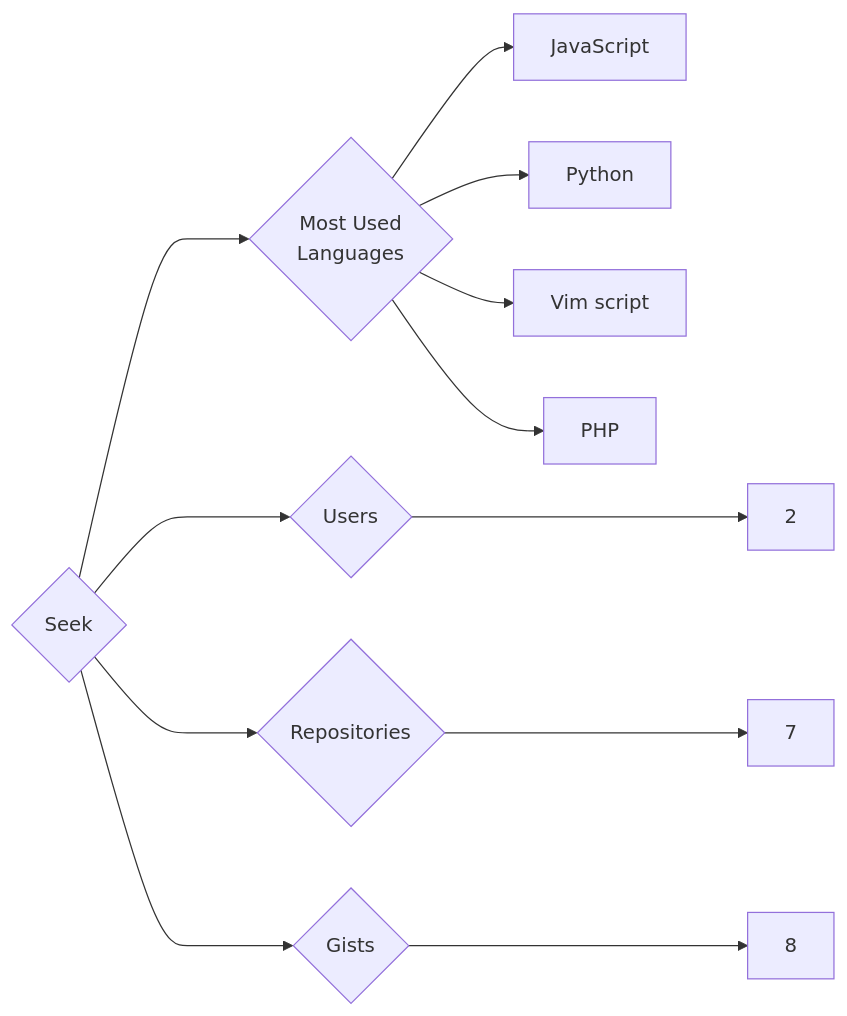
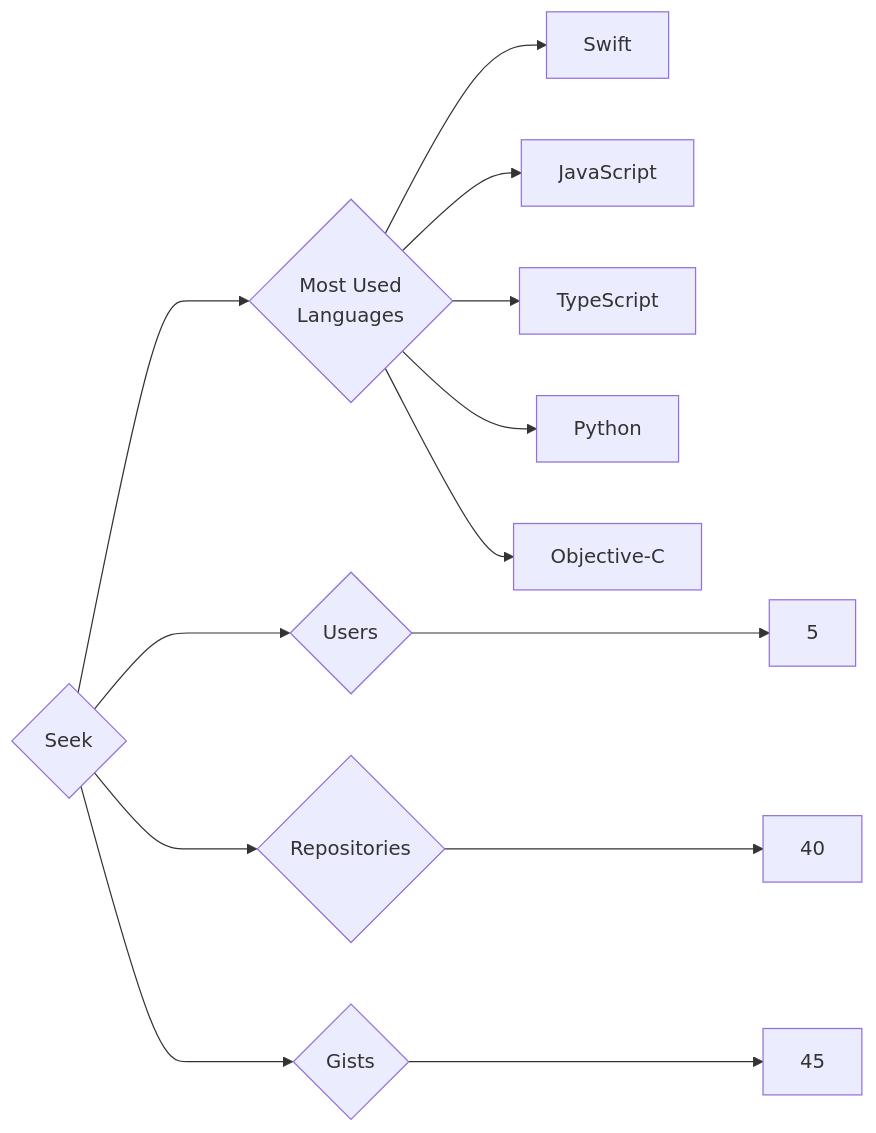
The diagram in targets/Seek/README.md (trickest/insiders), drawn with Mermaid before and after one commit. The commit also changed 973 other files, not shown here.

````diff
--- a/targets/Seek/README.md
+++ b/targets/Seek/README.md
@@ -3,12 +3,13 @@
 ```mermaid
 graph LR
 COMPANY_NAME{Seek}
-COMPANY_NAME ---> U{Users} ---> UN[2]
-COMPANY_NAME ---> R{Repositories} ---> RN[7]
-COMPANY_NAME ---> G{Gists} ---> GN[8]
+COMPANY_NAME ---> U{Users} ---> UN[5]
+COMPANY_NAME ---> R{Repositories} ---> RN[40]
+COMPANY_NAME ---> G{Gists} ---> GN[45]
 COMPANY_NAME ---> ML{Most Used<br>Languages}
+ML --> Swift[Swift]
 ML --> JavaScript[JavaScript]
+ML --> TypeScript[TypeScript]
 ML --> Python[Python]
-ML --> Vim_script[Vim script]
-ML --> PHP[PHP]
+ML --> Objective-C[Objective-C]
 ```
````
